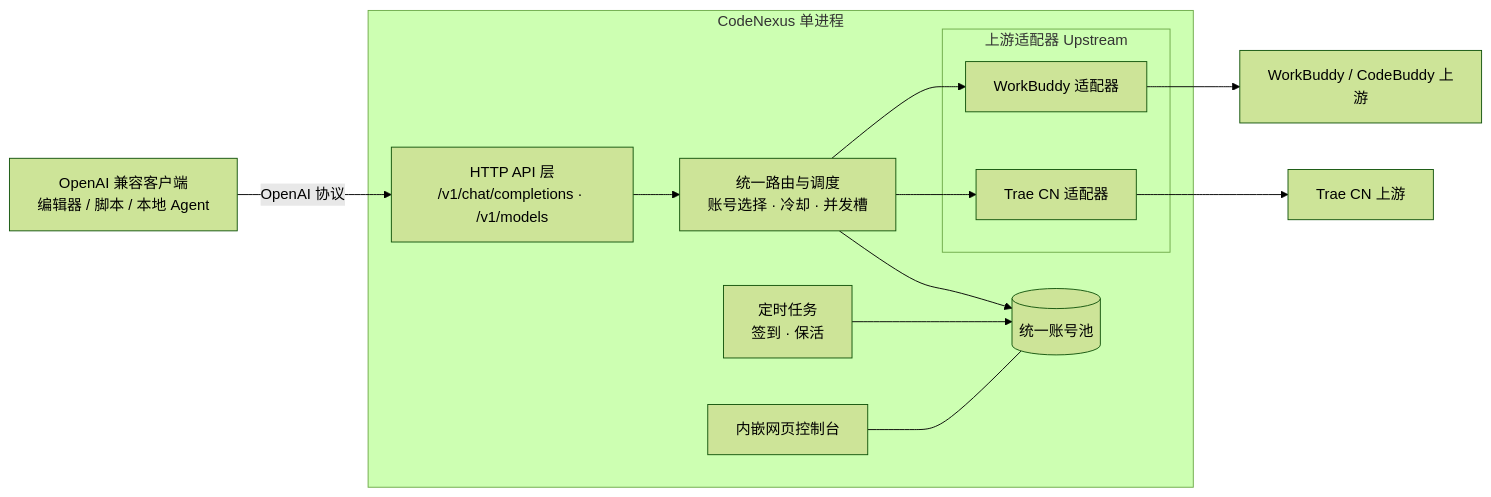
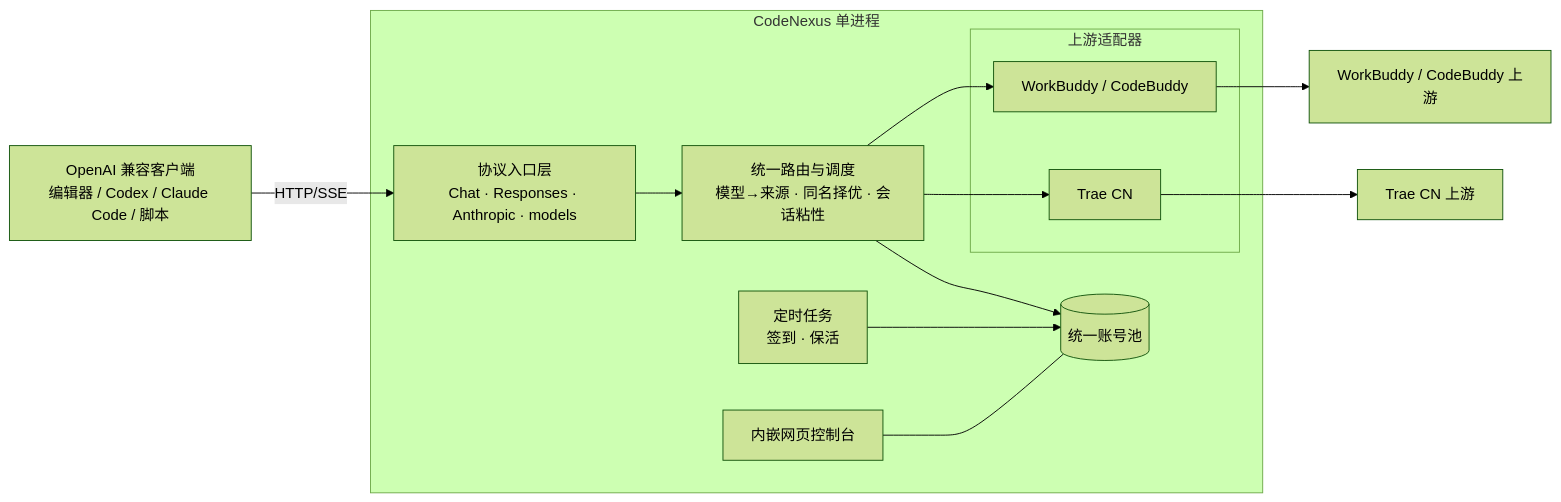
One commit to ZicongCheung/CodeNexus changed the diagram in README.md. Above: the diagram before and after it, drawn with Mermaid (forest theme). The commit also changed other lines of this file and 3 other files, not shown here.

First line of the commit message:
docs: 重写说明文档并新增执行计划与路线图

````diff
--- a/README.md
+++ b/README.md
@@ -60,24 +82,24 @@
 ```mermaid
 flowchart LR
-    C[OpenAI 兼容客户端<br/>编辑器 / 脚本 / 本地 Agent]
+    C[OpenAI 兼容客户端<br/>编辑器 / Codex / Claude Code / 脚本]
     subgraph CN[CodeNexus 单进程]
-        API[HTTP API 层<br/>/v1/chat/completions · /v1/models]
-        ROUTER[统一路由与调度<br/>账号选择 · 冷却 · 并发槽]
+        API[协议入口层<br/>Chat · Responses · Anthropic · models]
+        ROUTER[统一路由与调度<br/>模型→来源 · 同名择优 · 会话粘性]
         POOL[(统一账号池)]
         SCHED[定时任务<br/>签到 · 保活]
         PANEL[内嵌网页控制台]
-        subgraph UP[上游适配器 Upstream]
-            WB[WorkBuddy 适配器]
-            TR[Trae CN 适配器]
+        subgraph UP[上游适配器]
+            WB[WorkBuddy / CodeBuddy]
+            TR[Trae CN]
         end
     end
     WBUP[WorkBuddy / CodeBuddy 上游]
     TRUP[Trae CN 上游]
 
-    C -->|OpenAI 协议| API --> ROUTER
+    C -->|HTTP/SSE| API --> ROUTER
     ROUTER --> POOL
     SCHED --> POOL
     PANEL --- POOL
     ROUTER --> WB --> WBUP
     ROUTER --> TR --> TRUP
 ```
````
